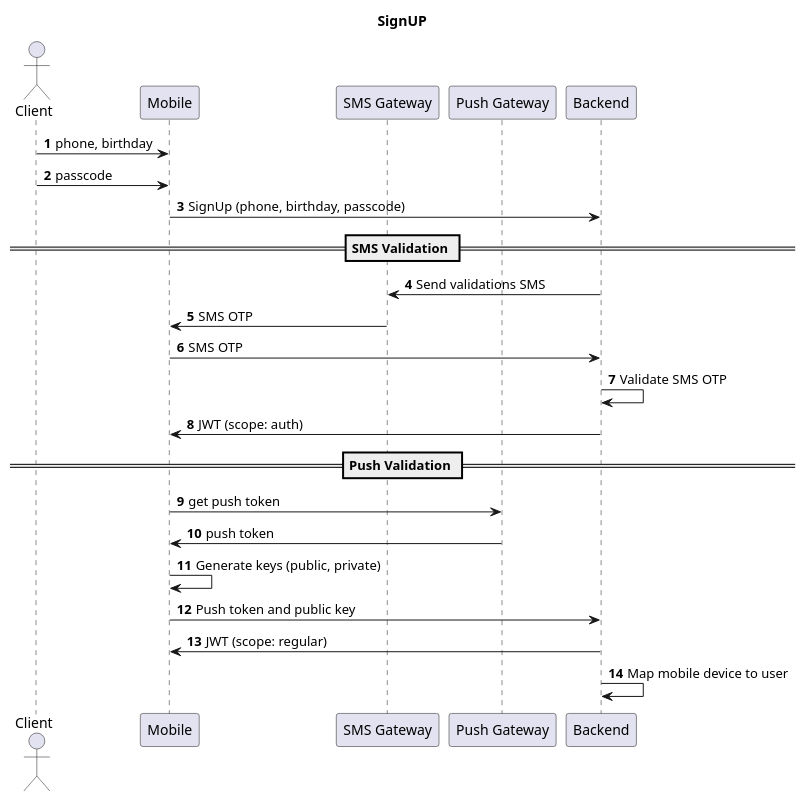
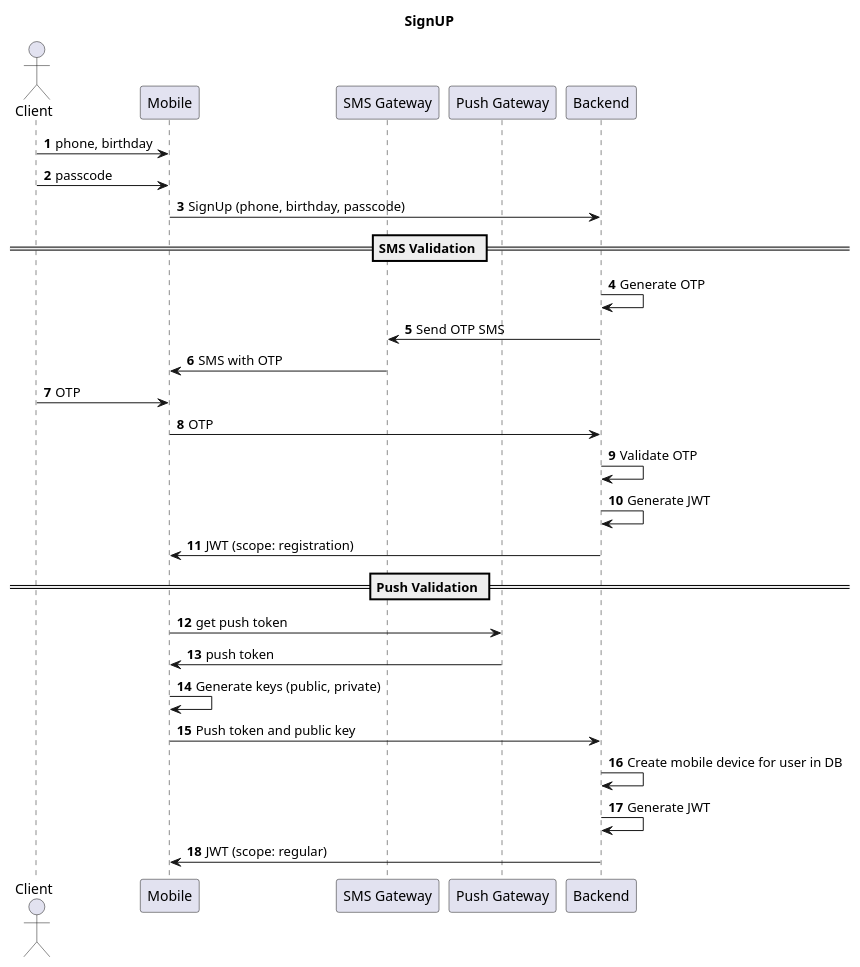
The diagram in Auth/signup.plantuml (eslusarenko/HTBS), drawn with PlantUML before and after one commit. The commit also changed 3 other files, not shown here.

```diff
--- a/Auth/signup.plantuml
+++ b/Auth/signup.plantuml
@@ -1,29 +1,33 @@
 @startuml
 title: SignUP
 
 actor Client as user
 participant Mobile as Mob
 participant "SMS Gateway" as sms
 participant "Push Gateway" as push
 participant Backend as Back
 
 autonumber
 user -> Mob: phone, birthday
 user -> Mob: passcode
 Mob -> Back: SignUp (phone, birthday, passcode)
 
 == SMS Validation ==
-Back -> sms: Send validations SMS
-sms -> Mob: SMS OTP
-Mob -> Back: SMS OTP
-Back -> Back: Validate SMS OTP
-Back -> Mob: JWT (scope: auth)
+Back -> Back: Generate OTP
+Back -> sms: Send OTP SMS
+sms -> Mob: SMS with OTP
+user -> Mob: OTP
+Mob -> Back: OTP
+Back -> Back: Validate OTP
+Back -> Back: Generate JWT
+Back -> Mob: JWT (scope: registration)
 
 == Push Validation ==
 Mob -> push: get push token
 push -> Mob: push token
 Mob -> Mob: Generate keys (public, private)
 Mob -> Back: Push token and public key
+Back -> Back: Create mobile device for user in DB
+Back -> Back: Generate JWT
 Back -> Mob: JWT (scope: regular)
-Back -> Back: Map mobile device to user
 @enduml
```
